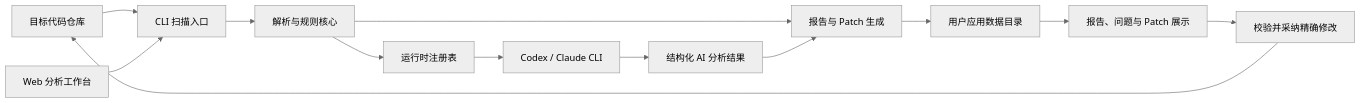
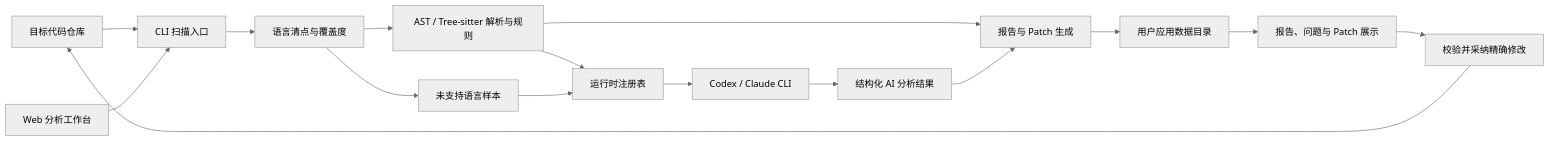
The diagram in docs/TECHNICAL_DESIGN.md (YangMingSJTU/log-pilot), drawn with Mermaid (neutral theme) before and after one commit. The commit also changed other lines of this file and 20 other files, not shown here.

````diff
--- a/docs/TECHNICAL_DESIGN.md
+++ b/docs/TECHNICAL_DESIGN.md
@@ -7,15 +7,18 @@
 ```mermaid
 flowchart LR
   A["目标代码仓库"] --> B["CLI 扫描入口"]
   G["Web 分析工作台"] --> B
-  B --> C["解析与规则核心"]
+  B --> L["语言清点与覆盖度"]
+  L --> C["AST / Tree-sitter 解析与规则"]
+  L --> U["未支持语言样本"]
   C --> D["运行时注册表"]
+  U --> D
   D --> H["Codex / Claude CLI"]
   H --> I["结构化 AI 分析结果"]
   C --> E["报告与 Patch 生成"]
   I --> E
   E --> J["用户应用数据目录"]
   J --> F["报告、问题与 Patch 展示"]
   F --> K["校验并采纳精确修改"]
   K --> A
 ```
````
